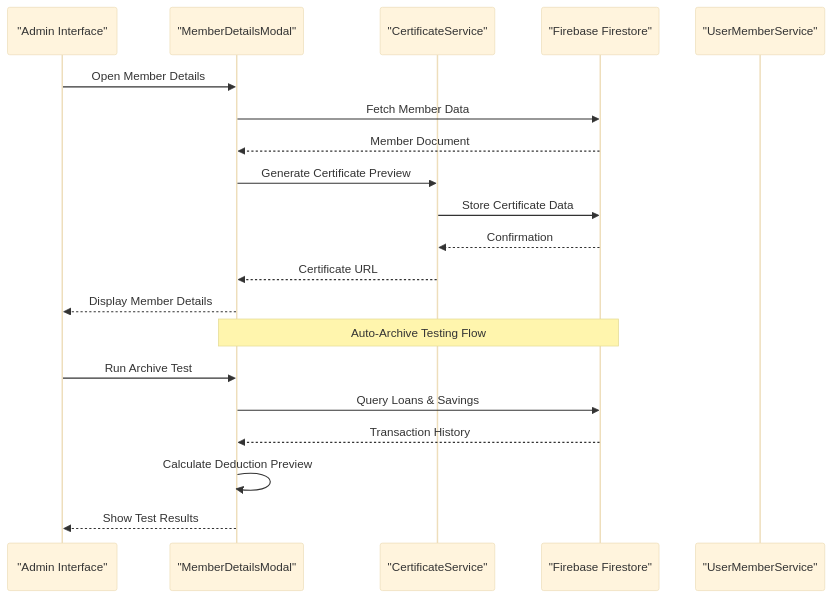
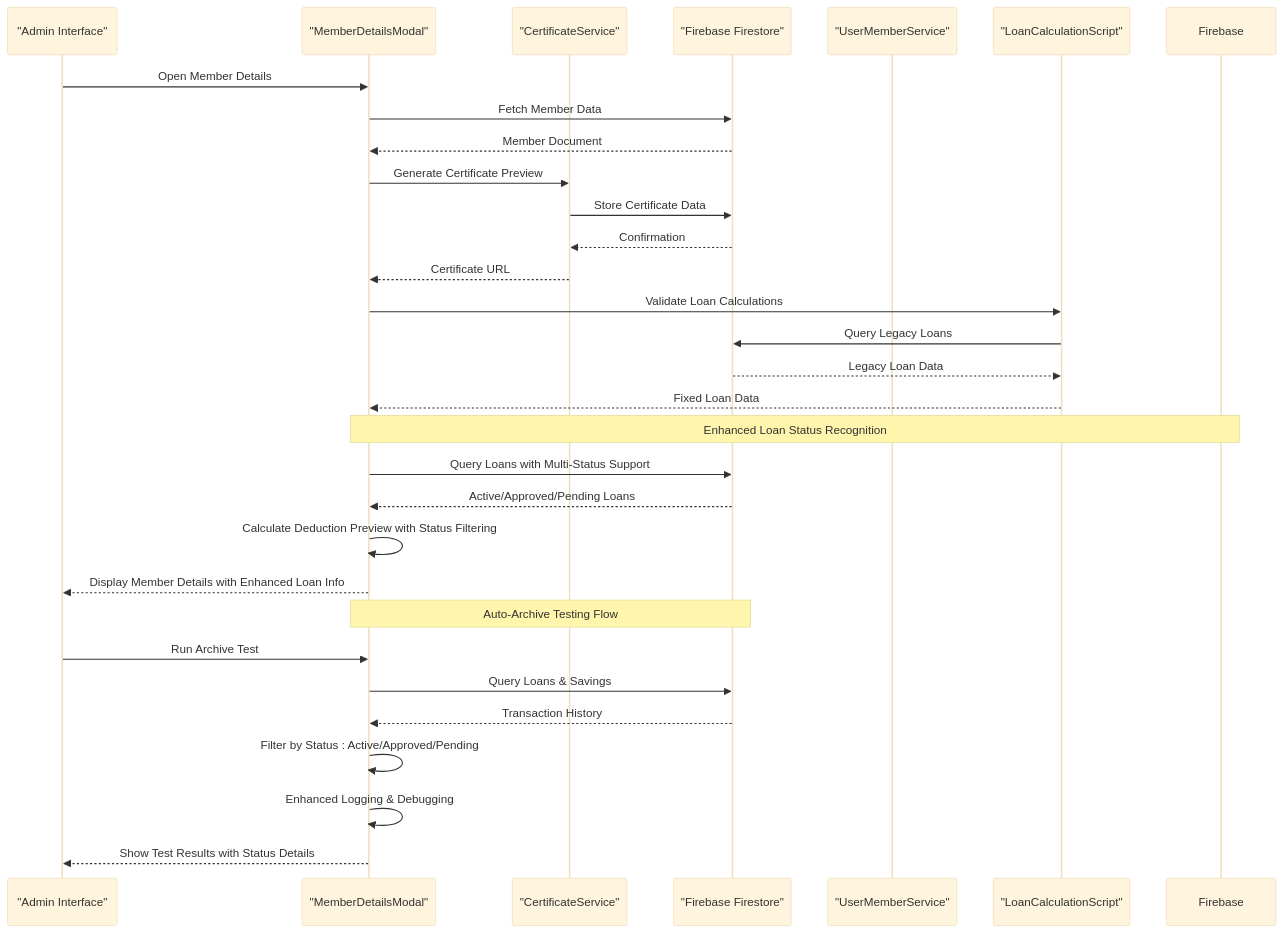
The second of 9 diagrams in .qoder/repowiki/en/content/Member Details Modal.md (Unsure-bry/sampacoop_system), drawn with Mermaid (base theme) before and after one commit. The commit also changed other lines of this file and 7 other files, not shown here.

````diff
--- a/.qoder/repowiki/en/content/Member Details Modal.md
+++ b/.qoder/repowiki/en/content/Member Details Modal.md
@@ -100,22 +142,32 @@
 ```mermaid
 sequenceDiagram
 participant Admin as "Admin Interface"
 participant Modal as "MemberDetailsModal"
 participant Service as "CertificateService"
 participant Firestore as "Firebase Firestore"
 participant UserSvc as "UserMemberService"
+participant LoanScript as "LoanCalculationScript"
 Admin->>Modal : Open Member Details
 Modal->>Firestore : Fetch Member Data
 Firestore-->>Modal : Member Document
 Modal->>Service : Generate Certificate Preview
 Service->>Firestore : Store Certificate Data
 Firestore-->>Service : Confirmation
 Service-->>Modal : Certificate URL
-Modal-->>Admin : Display Member Details
+Modal->>LoanScript : Validate Loan Calculations
+LoanScript->>Firestore : Query Legacy Loans
+Firestore-->>LoanScript : Legacy Loan Data
+LoanScript-->>Modal : Fixed Loan Data
+Note over Modal,Firebase : Enhanced Loan Status Recognition
+Modal->>Firestore : Query Loans with Multi-Status Support
+Firestore-->>Modal : Active/Approved/Pending Loans
+Modal->>Modal : Calculate Deduction Preview with Status Filtering
+Modal-->>Admin : Display Member Details with Enhanced Loan Info
 Note over Modal,Firestore : Auto-Archive Testing Flow
 Admin->>Modal : Run Archive Test
 Modal->>Firestore : Query Loans & Savings
 Firestore-->>Modal : Transaction History
-Modal->>Modal : Calculate Deduction Preview
-Modal-->>Admin : Show Test Results
+Modal->>Modal : Filter by Status : Active/Approved/Pending
+Modal->>Modal : Enhanced Logging & Debugging
+Modal-->>Admin : Show Test Results with Status Details
 ```
````
